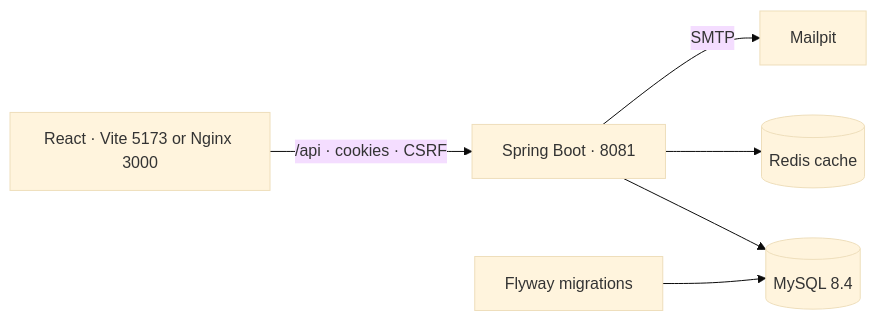
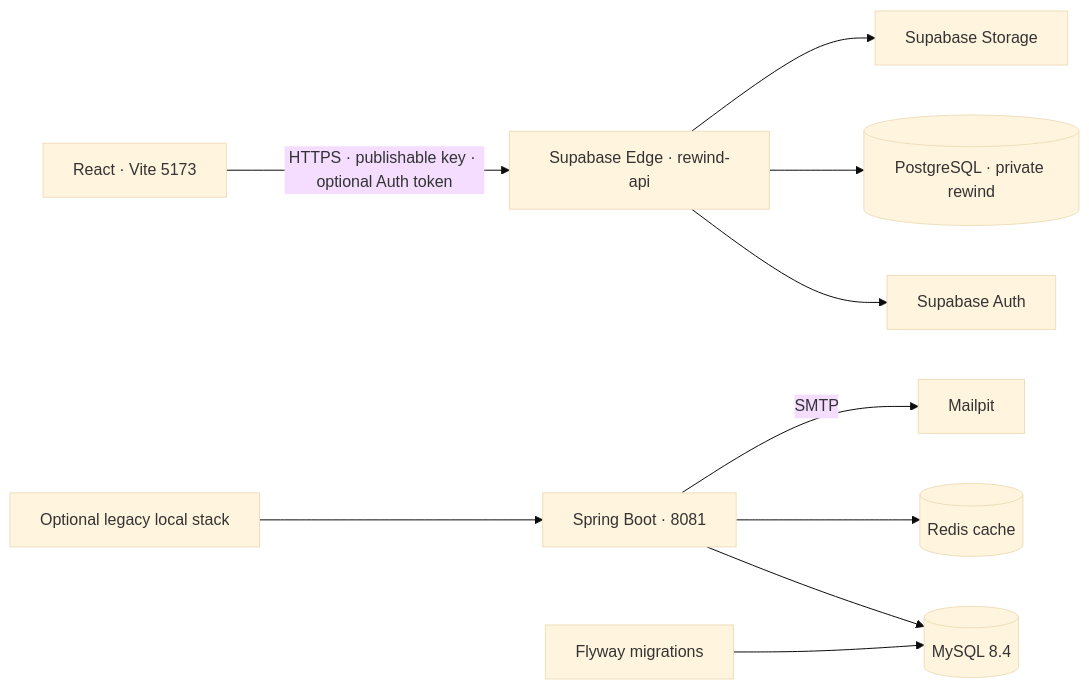
The third of 3 diagrams in README.md (anton5267/rewind-letterboxd), drawn with Mermaid (base theme) before and after one commit. The commit also changed other lines of this file and 4 other files, not shown here.

Commit message:
docs: add Supabase-first local dev setup

````diff
--- a/README.md
+++ b/README.md
@@ -46,8 +46,12 @@
 ```mermaid
 flowchart LR
-    Browser["React · Vite 5173 or Nginx 3000"] -->|"/api · cookies · CSRF"| Spring["Spring Boot · 8081"]
+    Vite["React · Vite 5173"] -->|"HTTPS · publishable key · optional Auth token"| Edge["Supabase Edge · rewind-api"]
+    Edge --> Auth["Supabase Auth"]
+    Edge --> Database[("PostgreSQL · private rewind")]
+    Edge --> Storage["Supabase Storage"]
+    Legacy["Optional legacy local stack"] --> Spring["Spring Boot · 8081"]
     Spring --> MySQL[("MySQL 8.4")]
     Spring --> Redis[("Redis cache")]
     Spring -->|"SMTP"| Mailpit["Mailpit"]
     Flyway["Flyway migrations"] --> MySQL
 ```
````
